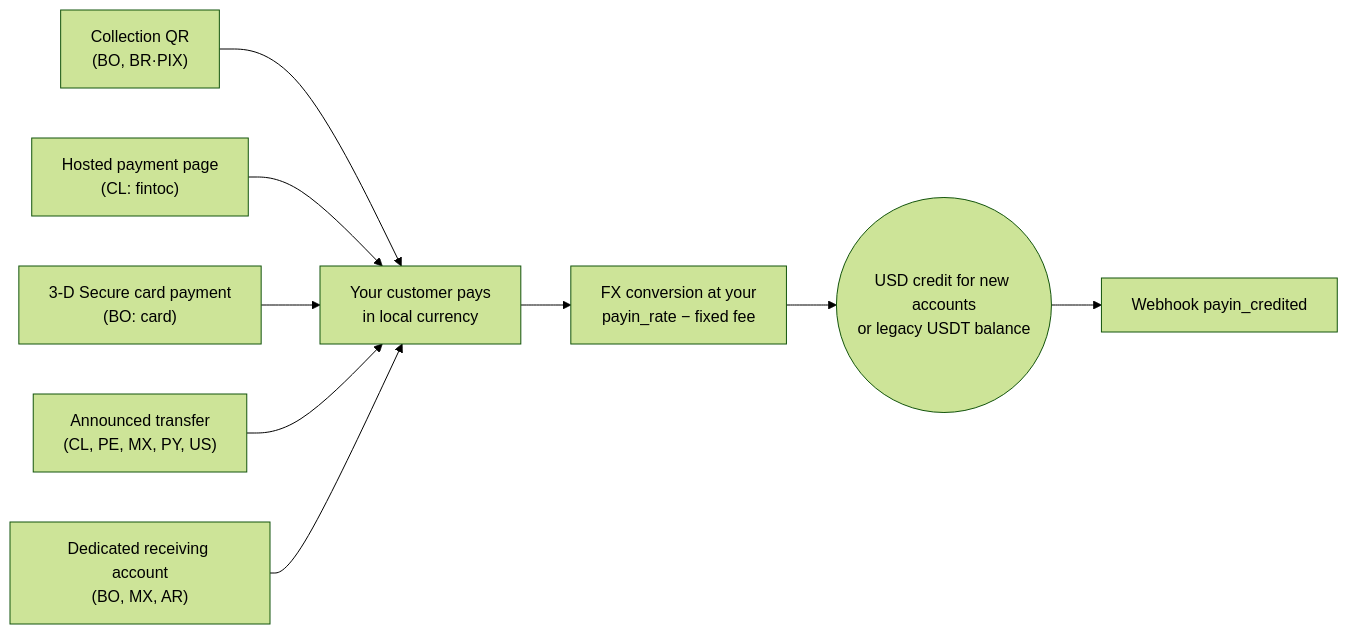
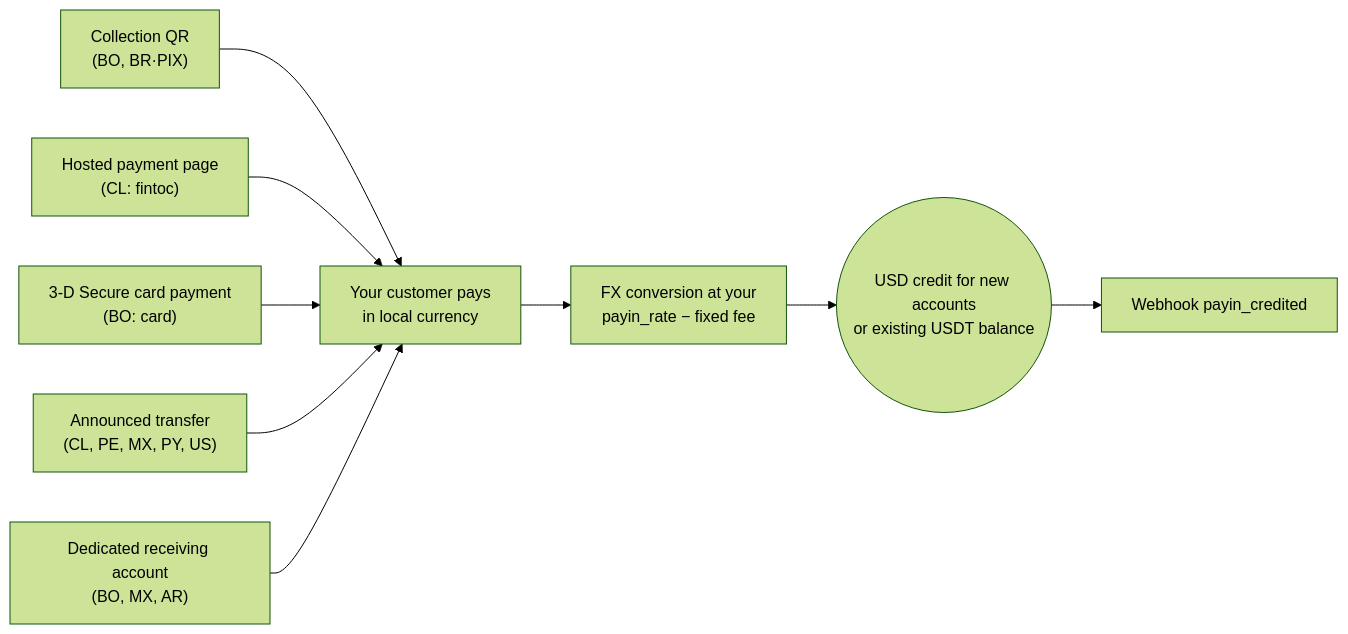
Before and after one commit to CBpayapp/cbpay-docs: the diagram in en/guides/payins.mdx, drawn with Mermaid (forest theme). The commit also changed other lines of this file and 146 other files, not shown here.

````diff
--- a/en/guides/payins.mdx
+++ b/en/guides/payins.mdx
@@ -39,11 +39,11 @@
 ```mermaid
 flowchart LR
     qr["Collection QR<br/>(BO, BR·PIX)"] --> pay["Your customer pays<br/>in local currency"]
     hosted["Hosted payment page<br/>(CL: fintoc)"] --> pay
     card["3-D Secure card payment<br/>(BO: card)"] --> pay
     announced["Announced transfer<br/>(CL, PE, MX, PY, US)"] --> pay
     clabe["Dedicated receiving account<br/>(BO, MX, AR)"] --> pay
     pay --> conv["FX conversion at your<br/>payin_rate − fixed fee"]
-    conv --> credit(("USD credit for new accounts<br/>or legacy USDT balance"))
+    conv --> credit(("USD credit for new accounts<br/>or existing USDT balance"))
     credit --> wh["Webhook payin_credited"]
 ```
````
